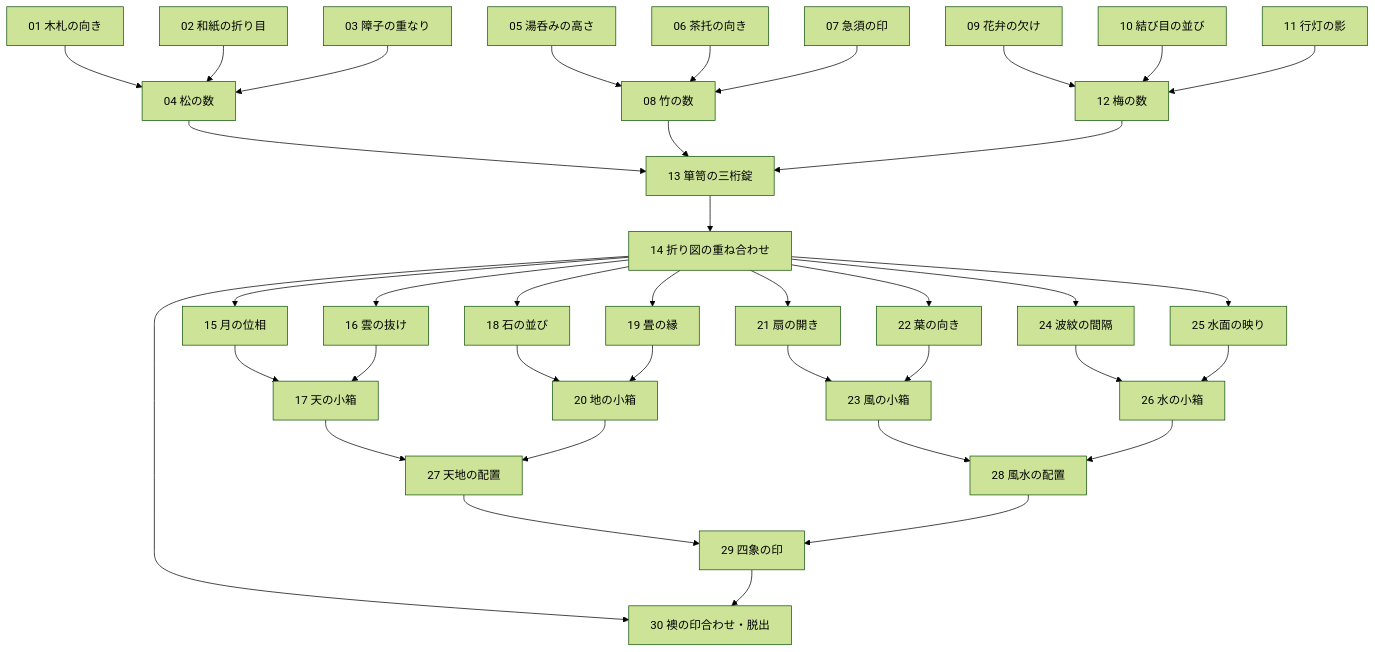
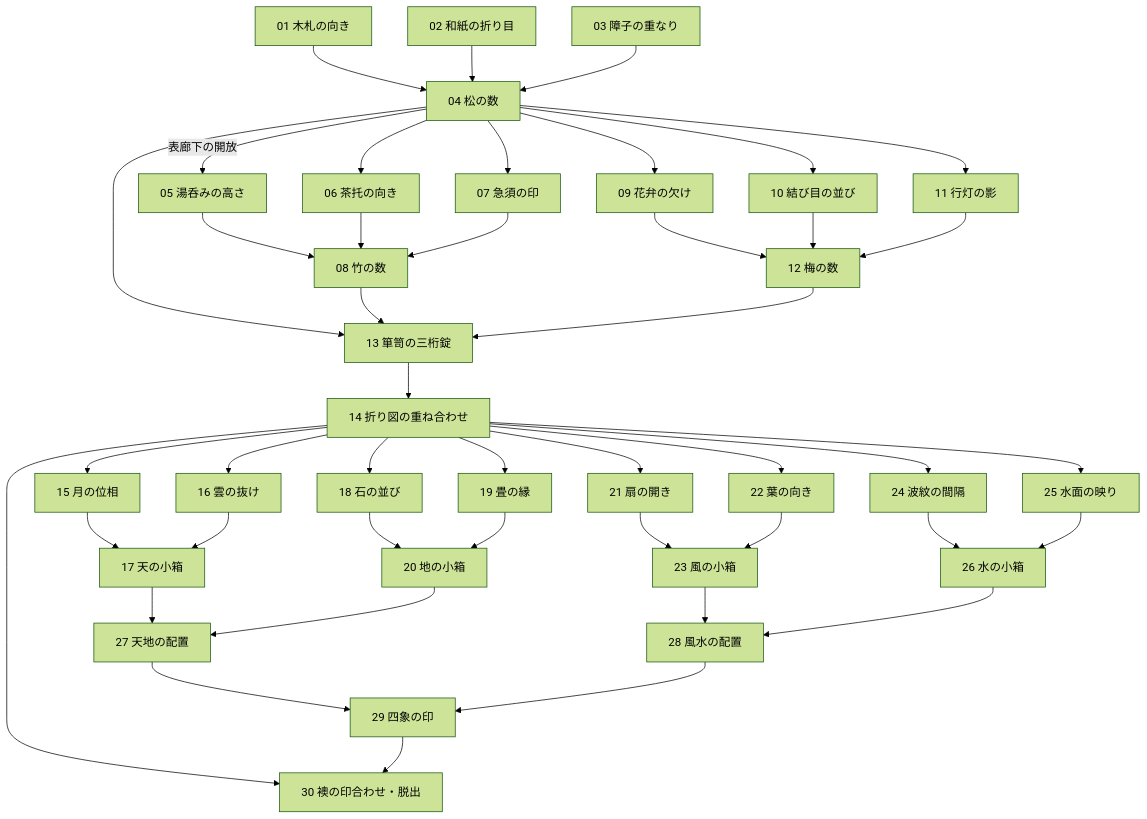
The diagram in docs/PUZZLE-30.md (sin-skull/yohaku-room-escape), drawn with Mermaid (forest theme) before and after one commit. The commit also changed other lines of this file and 5 other files, not shown here.

````diff
--- a/docs/PUZZLE-30.md
+++ b/docs/PUZZLE-30.md
@@ -11,40 +13,46 @@
 ```mermaid
 flowchart TD
   p01["01 木札の向き"] --> p04["04 松の数"]
   p02["02 和紙の折り目"] --> p04
   p03["03 障子の重なり"] --> p04
+  p04 -->|"表廊下の開放"| p05
+  p04 --> p06
+  p04 --> p07
+  p04 --> p09
+  p04 --> p10
+  p04 --> p11
   p05["05 湯呑みの高さ"] --> p08["08 竹の数"]
   p06["06 茶托の向き"] --> p08
   p07["07 急須の印"] --> p08
   p09["09 花弁の欠け"] --> p12["12 梅の数"]
   p10["10 結び目の並び"] --> p12
   p11["11 行灯の影"] --> p12
   p04 --> p13["13 箪笥の三桁錠"]
   p08 --> p13
   p12 --> p13
   p13 --> p14["14 折り図の重ね合わせ"]
   p14 --> p15["15 月の位相"]
   p14 --> p16["16 雲の抜け"]
   p15 --> p17["17 天の小箱"]
   p16 --> p17
   p14 --> p18["18 石の並び"]
   p14 --> p19["19 畳の縁"]
   p18 --> p20["20 地の小箱"]
   p19 --> p20
   p14 --> p21["21 扇の開き"]
   p14 --> p22["22 葉の向き"]
   p21 --> p23["23 風の小箱"]
   p22 --> p23
   p14 --> p24["24 波紋の間隔"]
   p14 --> p25["25 水面の映り"]
   p24 --> p26["26 水の小箱"]
   p25 --> p26
   p17 --> p27["27 天地の配置"]
   p20 --> p27
   p23 --> p28["28 風水の配置"]
   p26 --> p28
   p27 --> p29["29 四象の印"]
   p28 --> p29
   p14 --> p30["30 襖の印合わせ・脱出"]
   p29 --> p30
 ```
````
